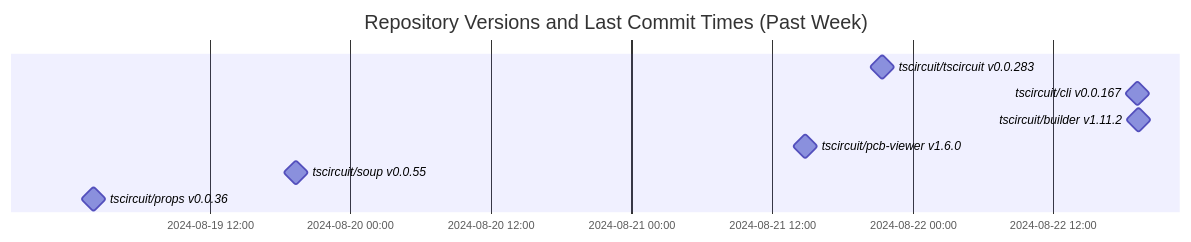
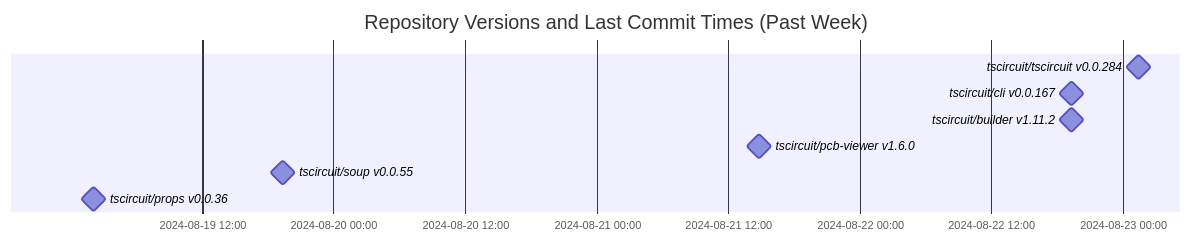
The diagram in README.md (tscircuit/version-tracker), drawn with Mermaid before and after one commit.

Commit message:
Update chart

````diff
--- a/README.md
+++ b/README.md
@@ -1,13 +1,13 @@
 ```mermaid
 gantt
   dateFormat  YYYY-MM-DD HH:mm:ss
   title Repository Versions and Last Commit Times (Past Week)
   axisFormat %Y-%m-%d %H:%M
 
-  tscircuit/tscircuit v0.0.283 : milestone, 2024-08-21 21:23:58, 1s
+  tscircuit/tscircuit v0.0.284 : milestone, 2024-08-23 01:23:33, 1s
   tscircuit/cli v0.0.167 : milestone, 2024-08-22 19:13:45, 1s
   tscircuit/builder v1.11.2 : milestone, 2024-08-22 19:17:19, 1s
   tscircuit/pcb-viewer v1.6.0 : milestone, 2024-08-21 14:48:25, 1s
   tscircuit/soup v0.0.55 : milestone, 2024-08-19 19:22:24, 1s
   tscircuit/props v0.0.36 : milestone, 2024-08-19 02:05:19, 1s
 ```
````
